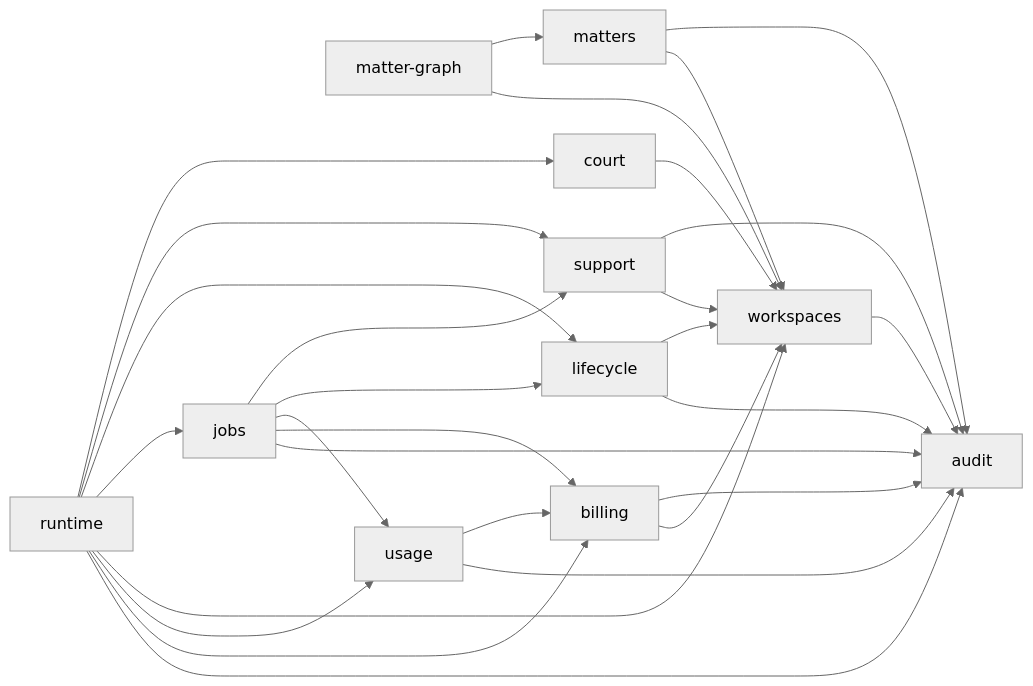
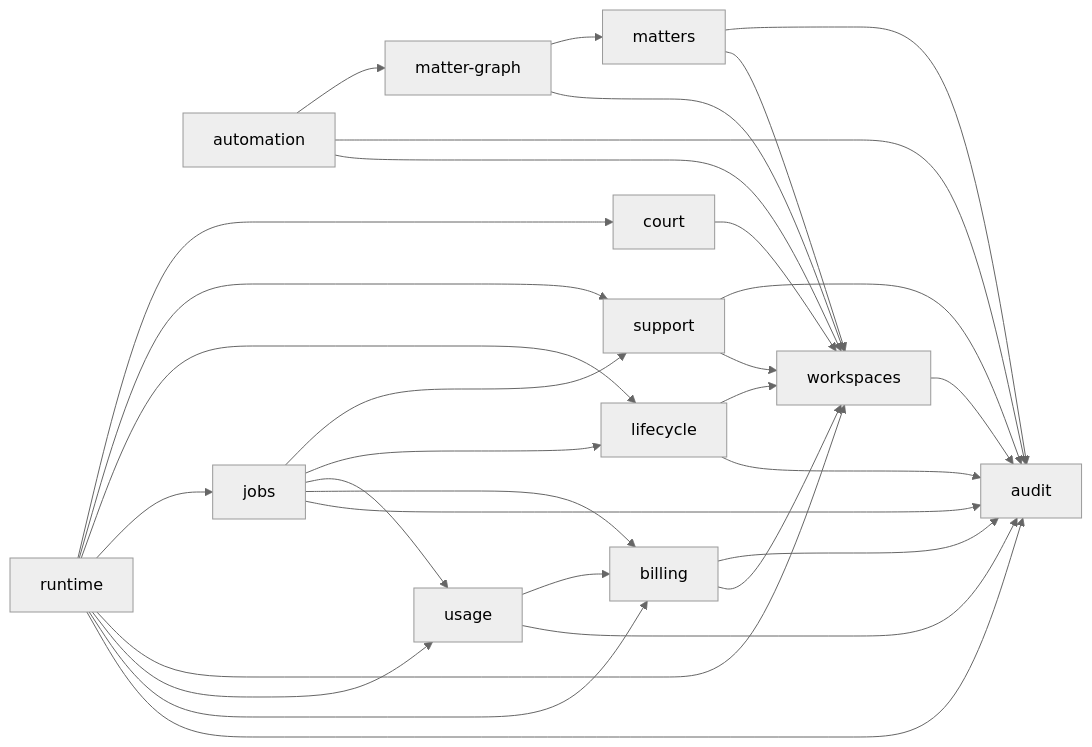
One commit to RapierCraftStudios/causedeck changed the diagram in docs/engineering/core-domains.md. Above: the diagram before and after it, drawn with Mermaid (neutral theme). The commit also changed other lines of this file and 60 other files, not shown here.

````diff
--- a/docs/engineering/core-domains.md
+++ b/docs/engineering/core-domains.md
@@ -58,30 +59,33 @@
 ```mermaid
 graph LR
   workspaces --> audit
   matters --> workspaces
   matters --> audit
   court --> workspaces
   matter-graph --> workspaces
   matter-graph --> matters
+  automation --> workspaces
+  automation --> audit
+  automation --> matter-graph
   billing --> workspaces
   billing --> audit
   usage --> audit
   usage --> billing
   lifecycle --> audit
   lifecycle --> workspaces
   support --> workspaces
   support --> audit
   jobs --> audit
   jobs --> billing
   jobs --> usage
   jobs --> lifecycle
   jobs --> support
   runtime --> audit
   runtime --> billing
   runtime --> usage
   runtime --> workspaces
   runtime --> jobs
   runtime --> lifecycle
   runtime --> support
   runtime --> court
 ```
````
